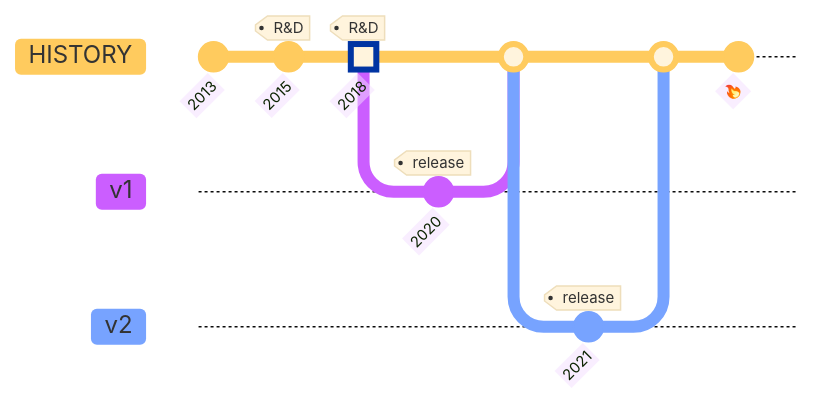
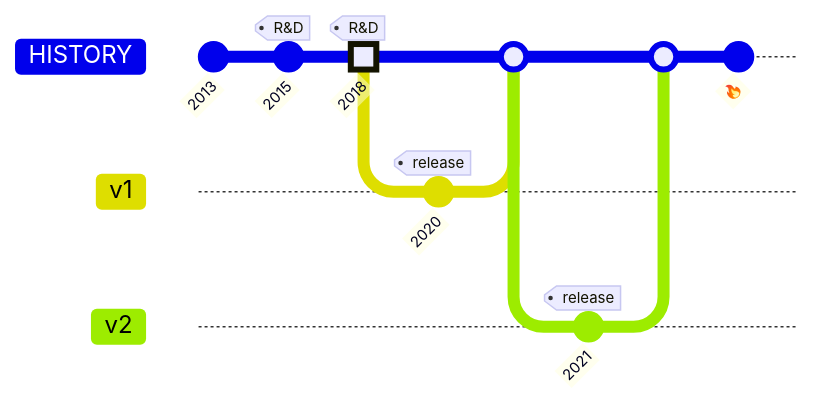
The diagram in diagrams/_history.md (waku-org/docs.waku.org), drawn with Mermaid before and after one commit. The commit also changed 11 other files, not shown here.

````diff
--- a/diagrams/_history.md
+++ b/diagrams/_history.md
@@ -1,18 +1,18 @@
 ```mermaid
-%%{init: { 'logLevel': 'debug', 'theme': 'base', 'gitGraph': {'showBranches': true, 'showCommitLabel':true,'mainBranchName': 'HISTORY'}} }%%
+%%{init: { 'gitGraph': {'showBranches': true, 'showCommitLabel': true, 'mainBranchName': 'HISTORY'}} }%%
 gitGraph
 	commit id:"2013"
     commit id:"2015" tag:"R&D"
     commit id:"2018" tag:"R&D" type: HIGHLIGHT
     branch v1
     checkout v1
     commit id:"2020" tag:"release"
     checkout HISTORY
     merge v1
     branch v2
     checkout v2
     commit id:"2021" tag:"release"
     checkout HISTORY
     merge v2
     commit id:"🔥"
 ```
````
